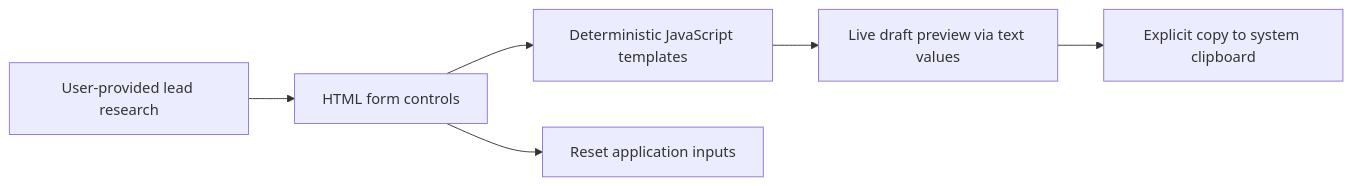
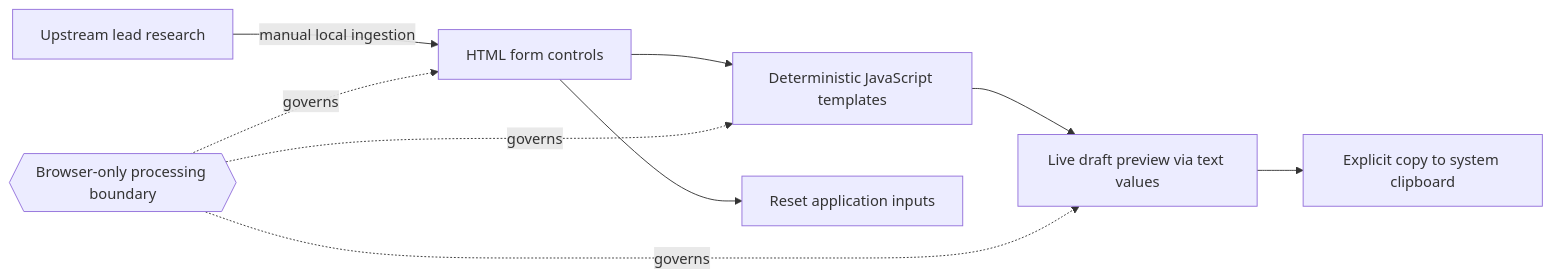
One commit to jlstacks/ai-lead-finder-email-generator changed the diagram in README.md. Above: the diagram before and after it, drawn with Mermaid. The commit also changed other lines of this file, not shown here.

Commit message:
Document business value and data flow

````diff
--- a/README.md
+++ b/README.md
@@ -29,8 +46,13 @@
 ```mermaid
 flowchart LR
-    Research[User-provided lead research] --> Inputs[HTML form controls]
+    Research[Upstream lead research] -->|manual local ingestion| Inputs[HTML form controls]
     Inputs --> Logic[Deterministic JavaScript templates]
     Logic --> Preview[Live draft preview via text values]
     Preview --> Clipboard[Explicit copy to system clipboard]
     Inputs --> Reset[Reset application inputs]
+
+    Boundary{{Browser-only processing boundary}}
+    Boundary -. governs .-> Inputs
+    Boundary -. governs .-> Logic
+    Boundary -. governs .-> Preview
 ```
````
